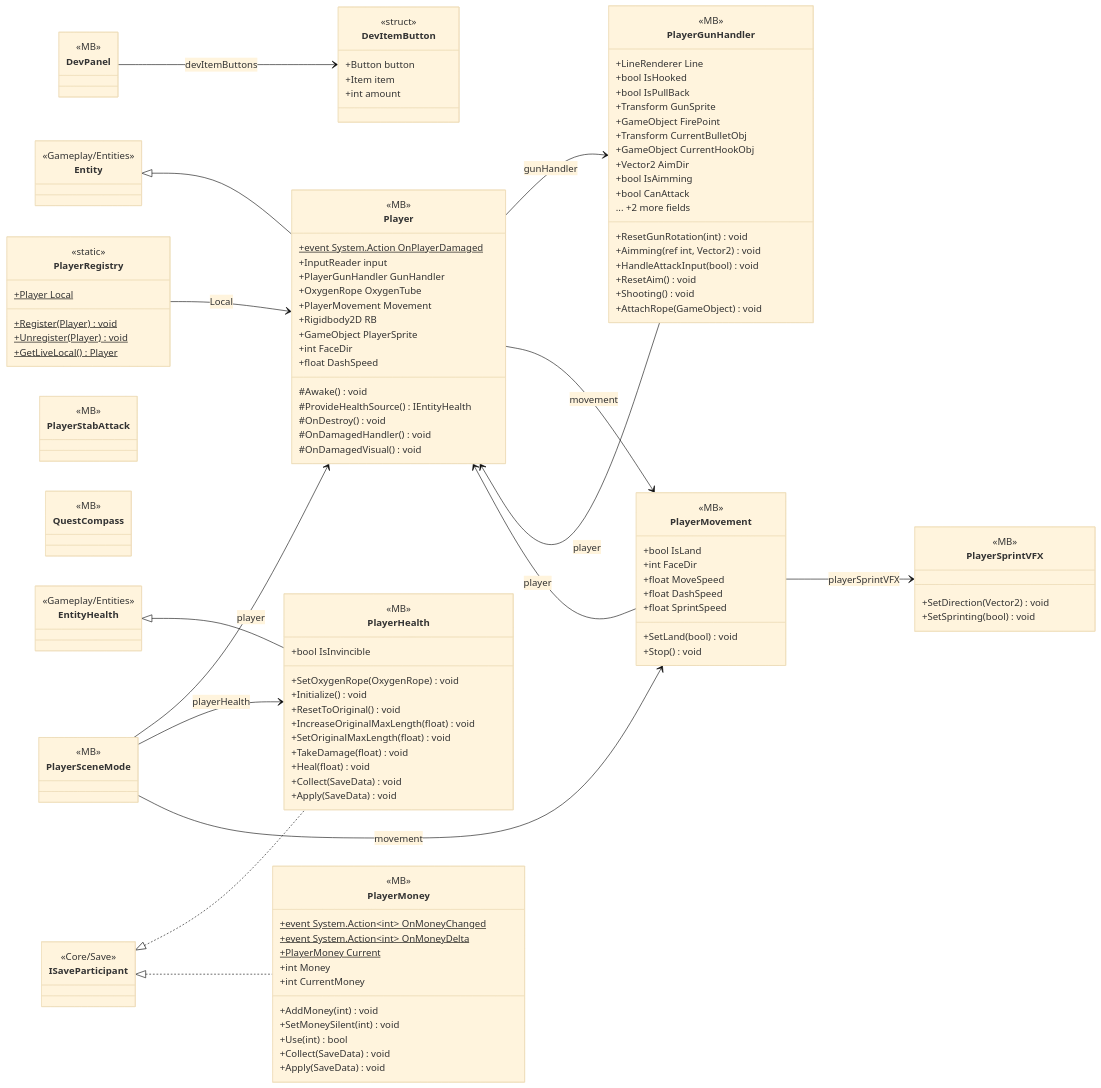
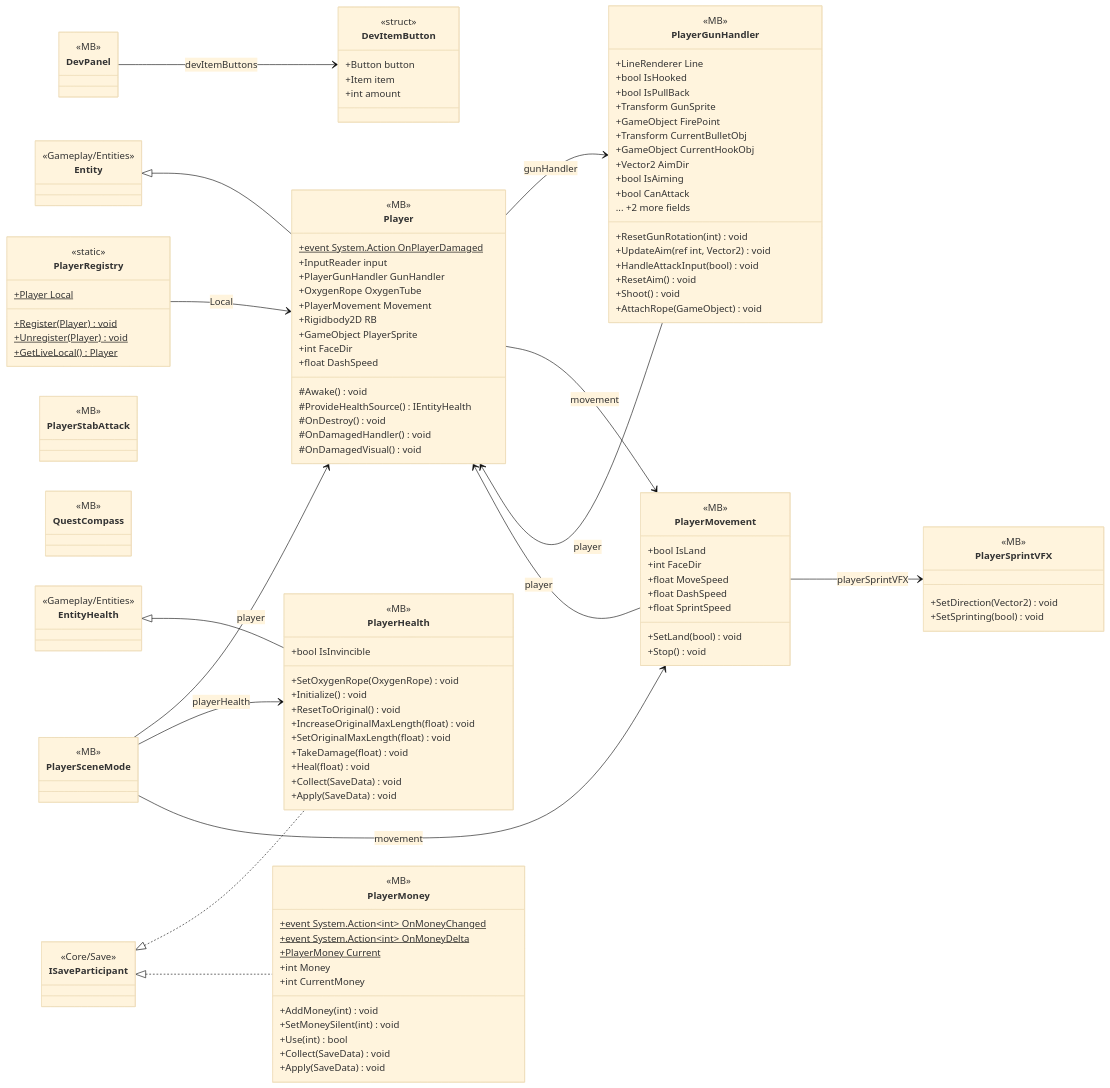
The diagram in docs/uml/modules/Gameplay_Entities_Players.md (PhumipatWave/project-ocean), drawn with Mermaid (base theme) before and after one commit. The commit also changed other lines of this file and 346 other files, not shown here.

```diff
--- a/docs/uml/modules/Gameplay_Entities_Players.md
+++ b/docs/uml/modules/Gameplay_Entities_Players.md
@@ -43,14 +43,14 @@
     +Transform CurrentBulletObj
     +GameObject CurrentHookObj
     +Vector2 AimDir
-    +bool IsAimming
+    +bool IsAiming
     +bool CanAttack
     ... +2 more fields
     +ResetGunRotation(int) void
-    +Aimming(ref int, Vector2) void
+    +UpdateAim(ref int, Vector2) void
     +HandleAttackInput(bool) void
     +ResetAim() void
-    +Shooting() void
+    +Shoot() void
     +AttachRope(GameObject) void
   }
   class PlayerHealth {
```
